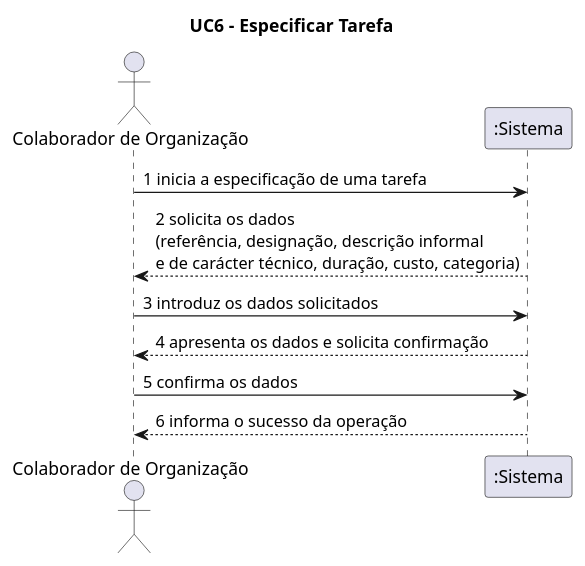
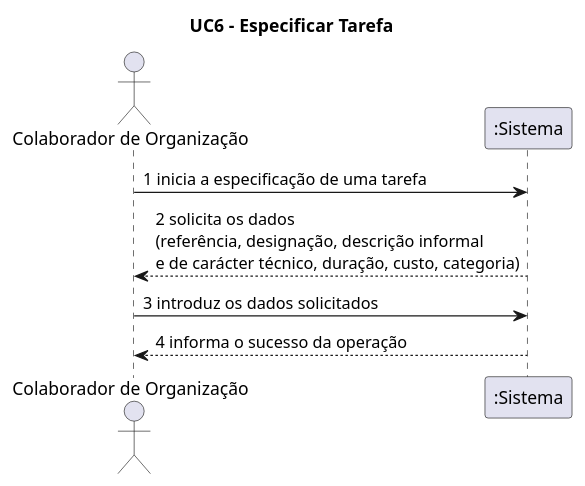
One commit to blestonbandeiraUPSKILL/upskill_java1_labprg_grupo2 changed the diagram in Documentação/Sprint 2/UC06_Especificar_Tarefa/UC06_Especificar_Tarefa_SSD.puml. Above: the diagram before and after it, drawn with PlantUML. The commit also changed 8 other files, not shown here.

```diff
--- a/Documentação/Sprint 2/UC06_Especificar_Tarefa/UC06_Especificar_Tarefa_SSD.puml
+++ b/Documentação/Sprint 2/UC06_Especificar_Tarefa/UC06_Especificar_Tarefa_SSD.puml
@@ -1,13 +1,11 @@
 @startuml
 title UC6 - Especificar Tarefa
 
 actor "Colaborador de Organização" as Colaborador
 participant ":Sistema" as Sistema
 
 Colaborador -> Sistema: 1 inicia a especificação de uma tarefa
 Sistema --> Colaborador: 2 solicita os dados \n(referência, designação, descrição informal \ne de carácter técnico, duração, custo, categoria)
 Colaborador -> Sistema: 3 introduz os dados solicitados
-Sistema --> Colaborador: 4 apresenta os dados e solicita confirmação
-Colaborador -> Sistema: 5 confirma os dados
-Sistema --> Colaborador: 6 informa o sucesso da operação
+Sistema --> Colaborador: 4 informa o sucesso da operação
 @enduml
```
